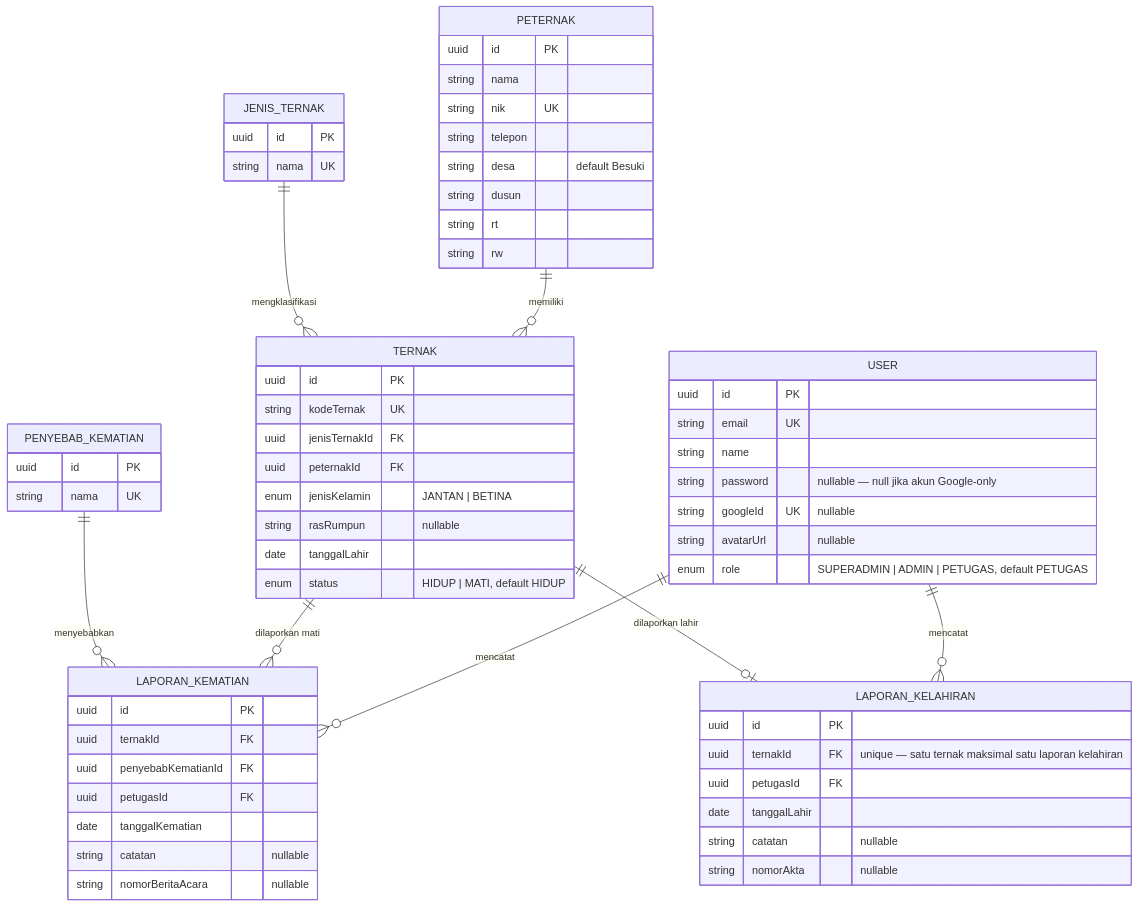
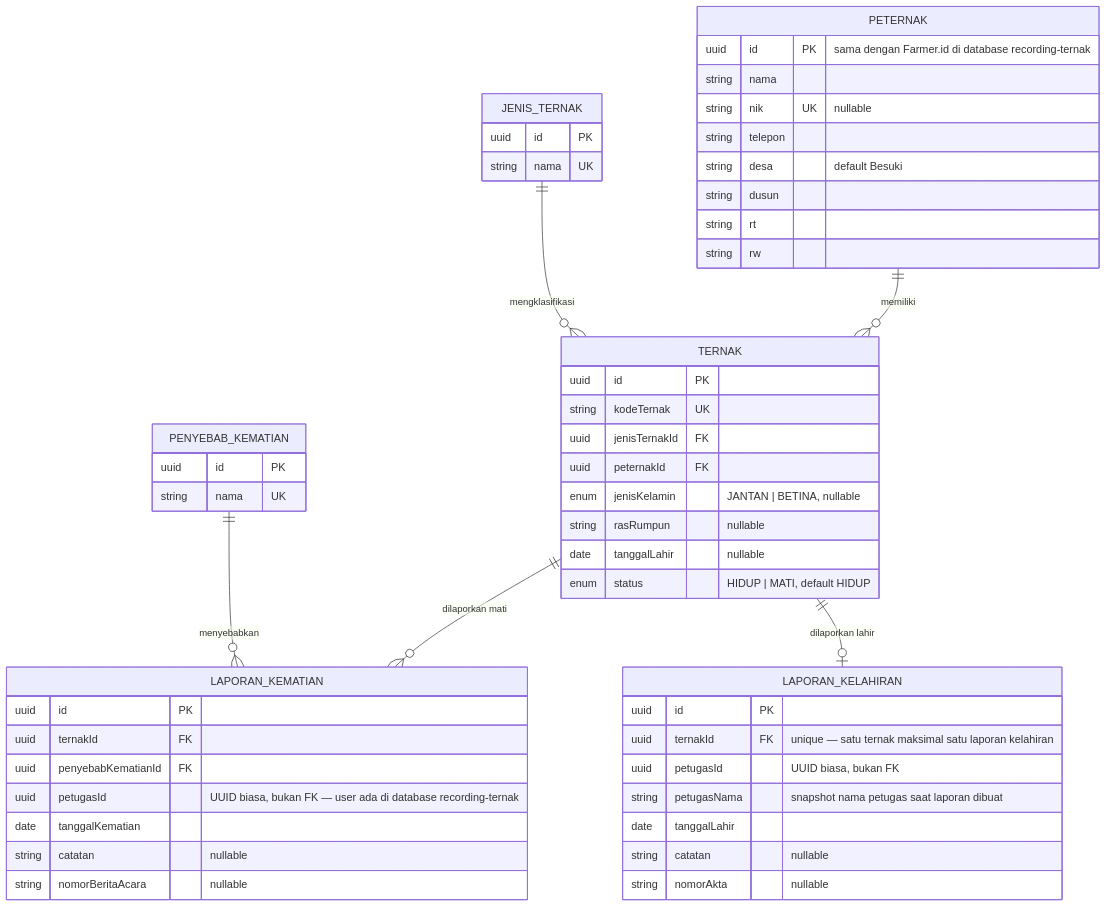
The diagram in docs/architecture/database-schema.md (zaidanharith/dashboard-kematian-ternak), drawn with Mermaid before and after one commit. The commit also changed other lines of this file and 17 other files, not shown here.

First line of the commit message:
docs: document the recording-ternak integration

````diff
--- a/docs/architecture/database-schema.md
+++ b/docs/architecture/database-schema.md
@@ -7,71 +9,60 @@
 ```mermaid
 erDiagram
-    USER ||--o{ LAPORAN_KEMATIAN : mencatat
-    USER ||--o{ LAPORAN_KELAHIRAN : mencatat
     PETERNAK ||--o{ TERNAK : memiliki
     JENIS_TERNAK ||--o{ TERNAK : mengklasifikasi
     TERNAK ||--o{ LAPORAN_KEMATIAN : "dilaporkan mati"
     TERNAK ||--o| LAPORAN_KELAHIRAN : "dilaporkan lahir"
     PENYEBAB_KEMATIAN ||--o{ LAPORAN_KEMATIAN : menyebabkan
 
-    USER {
-        uuid id PK
-        string email UK
-        string name
-        string password "nullable — null jika akun Google-only"
-        string googleId UK "nullable"
-        string avatarUrl "nullable"
-        enum role "SUPERADMIN | ADMIN | PETUGAS, default PETUGAS"
-    }
-
     PETERNAK {
-        uuid id PK
+        uuid id PK "sama dengan Farmer.id di database recording-ternak"
         string nama
-        string nik UK
+        string nik UK "nullable"
         string telepon
         string desa "default Besuki"
         string dusun
         string rt
         string rw
     }
 
     JENIS_TERNAK {
         uuid id PK
         string nama UK
     }
 
     TERNAK {
         uuid id PK
         string kodeTernak UK
         uuid jenisTernakId FK
         uuid peternakId FK
-        enum jenisKelamin "JANTAN | BETINA"
+        enum jenisKelamin "JANTAN | BETINA, nullable"
         string rasRumpun "nullable"
-        date tanggalLahir
+        date tanggalLahir "nullable"
         enum status "HIDUP | MATI, default HIDUP"
     }
 
     PENYEBAB_KEMATIAN {
         uuid id PK
         string nama UK
     }
 
     LAPORAN_KEMATIAN {
         uuid id PK
         uuid ternakId FK
         uuid penyebabKematianId FK
-        uuid petugasId FK
+        uuid petugasId "UUID biasa, bukan FK — user ada di database recording-ternak"
         date tanggalKematian
         string catatan "nullable"
         string nomorBeritaAcara "nullable"
     }
 
     LAPORAN_KELAHIRAN {
         uuid id PK
         uuid ternakId FK "unique — satu ternak maksimal satu laporan kelahiran"
-        uuid petugasId FK
+        uuid petugasId "UUID biasa, bukan FK"
+        string petugasNama "snapshot nama petugas saat laporan dibuat"
         date tanggalLahir
         string catatan "nullable"
         string nomorAkta "nullable"
     }
 ```
````
